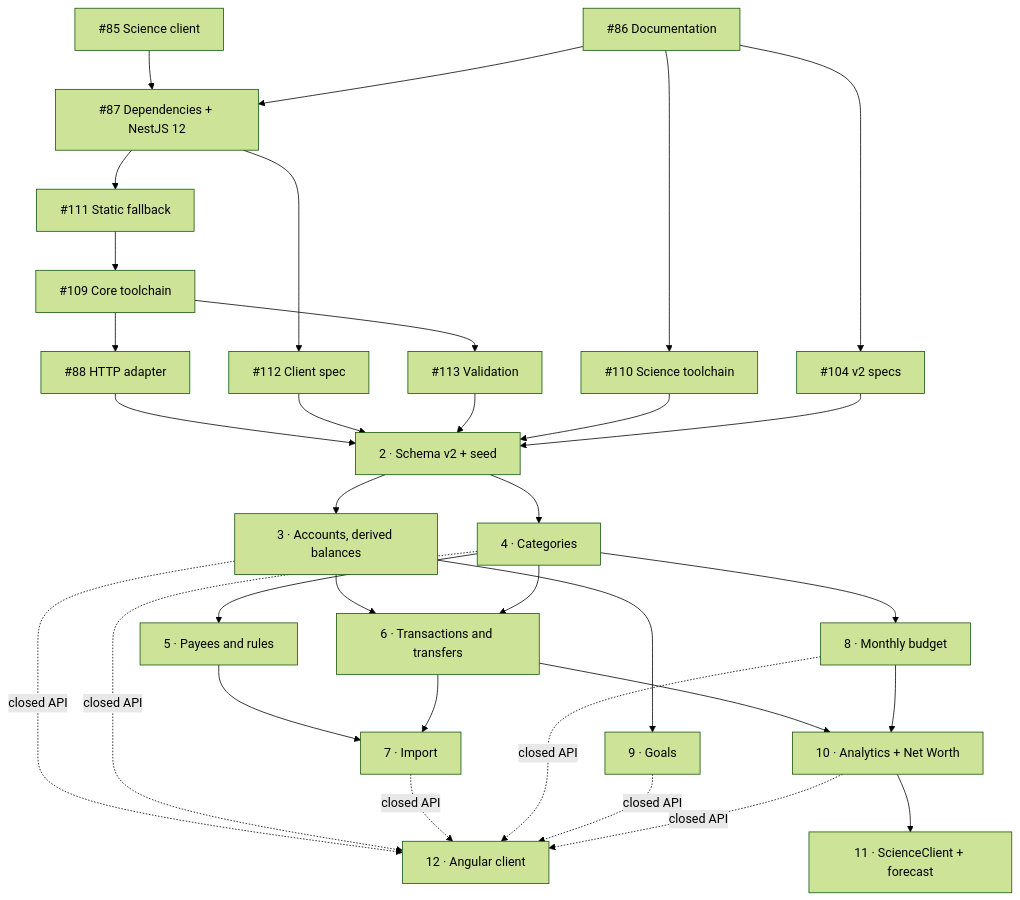
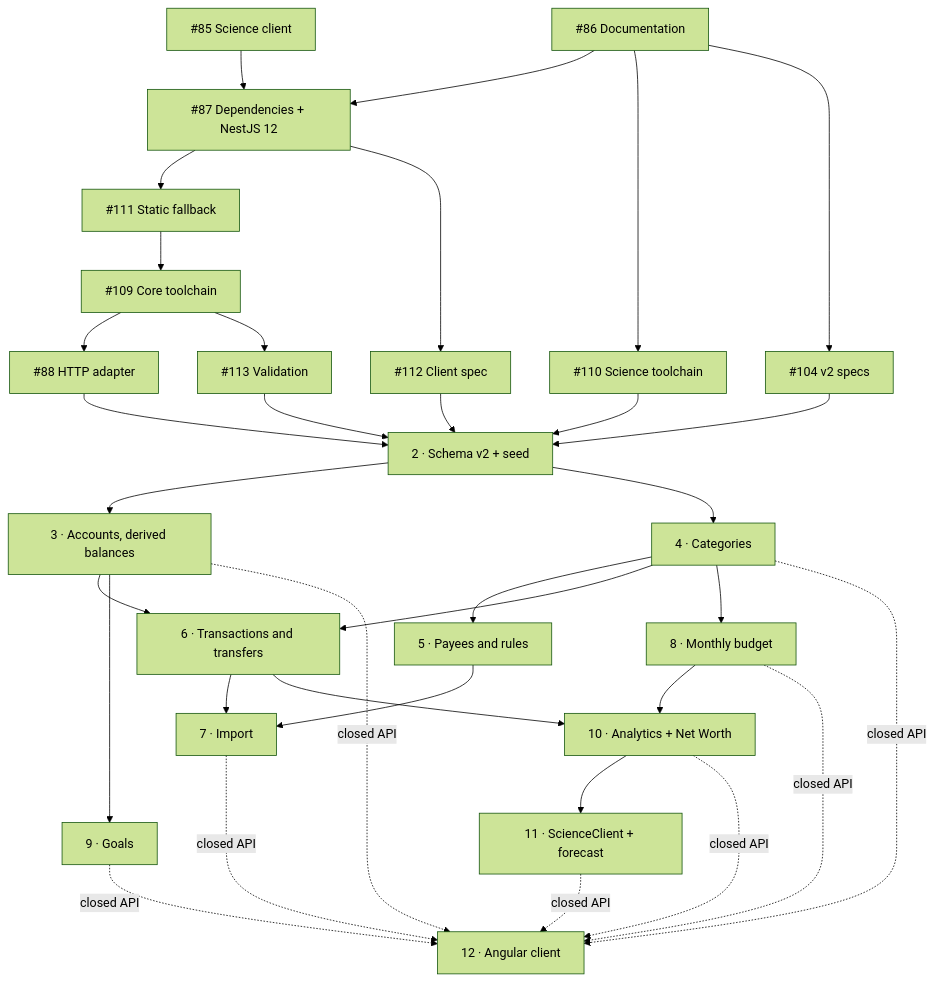
One commit to fabogit/finances-dashboard changed the diagram in documents/product/roadmap.md. Above: the diagram before and after it, drawn with Mermaid (forest theme). The commit also changed other lines of this file and 2 other files, not shown here.

Commit message:
docs: align the glossary, vision and roadmap with the v2 specs (D-112)

````diff
--- a/documents/product/roadmap.md
+++ b/documents/product/roadmap.md
@@ -48,39 +48,39 @@
 ```mermaid
 flowchart TD
     S1a["#85 Science client"]
     S1c["#86 Documentation"]
     S1d["#87 Dependencies + NestJS 12"]
     S1f["#111 Static fallback"]
     S1b["#112 Client spec"]
     S1t["#109 Core toolchain"]
     S1v["#113 Validation"]
     S1p["#110 Science toolchain"]
     S1h["#88 HTTP adapter"]
     S1s["#104 v2 specs"]
     S2["2 · Schema v2 + seed"]
     S3["3 · Accounts, derived balances"]
     S4["4 · Categories"]
     S5["5 · Payees and rules"]
     S6["6 · Transactions and transfers"]
     S7["7 · Import"]
     S8["8 · Monthly budget"]
     S9["9 · Goals"]
     S10["10 · Analytics + Net Worth"]
     S11["11 · ScienceClient + forecast"]
     S12["12 · Angular client"]
 
     S1a & S1c --> S1d --> S1f --> S1t --> S1h --> S2
     S1d --> S1b --> S2
     S1t --> S1v --> S2
     S1c --> S1p --> S2
     S1c --> S1s --> S2
     S2 --> S3 & S4
     S4 --> S5
     S3 & S4 --> S6
     S5 & S6 --> S7
     S4 --> S8
     S3 --> S9
     S6 & S8 --> S10
     S10 --> S11
-    S3 & S4 & S7 & S8 & S9 & S10 -. closed API .-> S12
+    S3 & S4 & S7 & S8 & S9 & S10 & S11 -. closed API .-> S12
 ```
````
